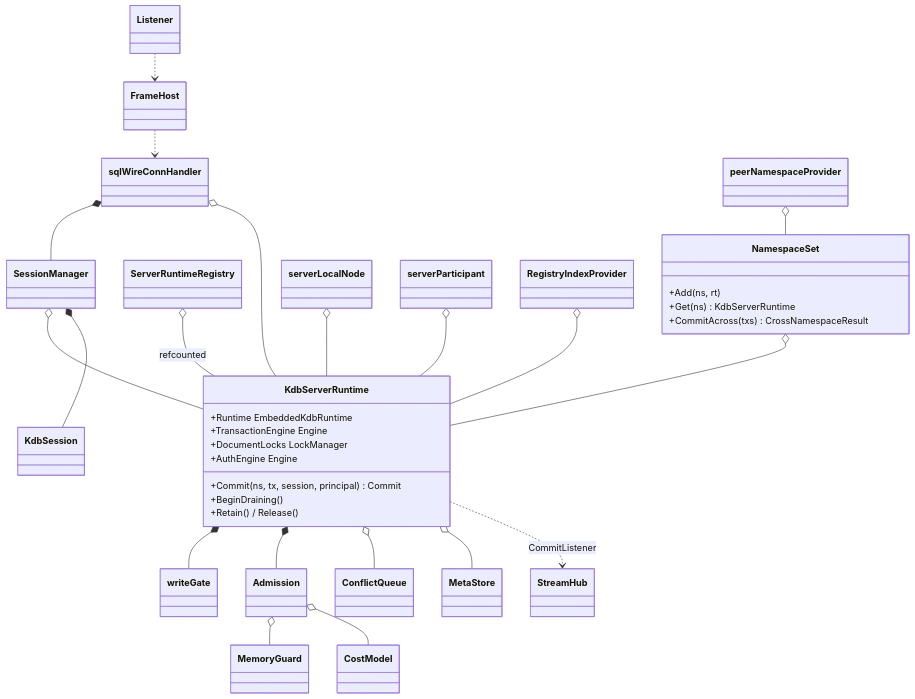
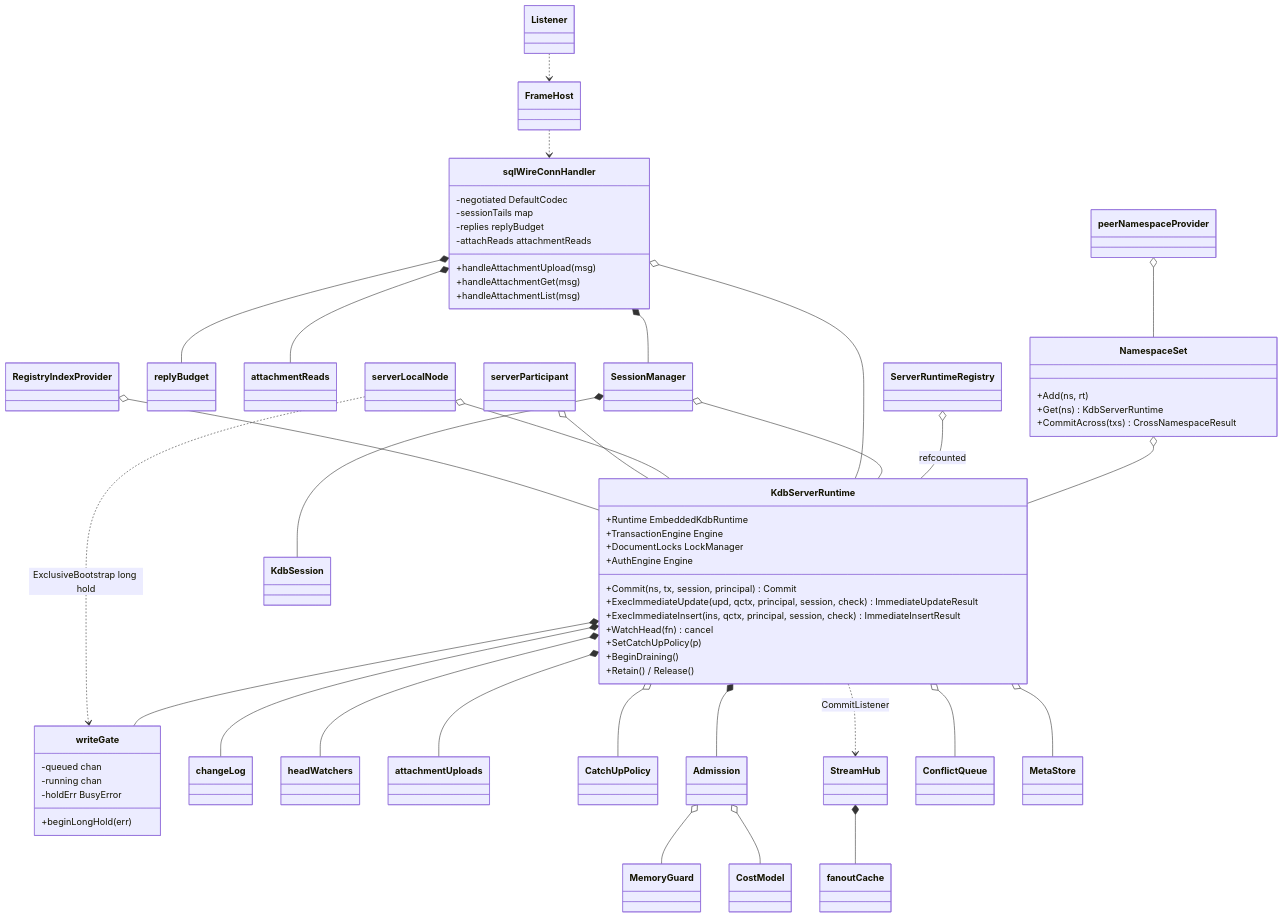
Diagram 13 of 13 in docs/kdb-class-design.md (dbeasty/kdb), drawn with Mermaid before and after one commit. The commit also changed other lines of this file and 36 other files, not shown here.

First line of the commit message:
docs: refresh class design and flows against main of 2026-10-23

````diff
--- a/docs/kdb-class-design.md
+++ b/docs/kdb-class-design.md
@@ -1712,36 +2515,63 @@
 ```mermaid
 classDiagram
   class KdbServerRuntime {
     +Runtime EmbeddedKdbRuntime
     +TransactionEngine Engine
     +DocumentLocks LockManager
     +AuthEngine Engine
     +Commit(ns, tx, session, principal) Commit
+    +ExecImmediateUpdate(upd, qctx, principal, session, check) ImmediateUpdateResult
+    +ExecImmediateInsert(ins, qctx, principal, session, check) ImmediateInsertResult
+    +WatchHead(fn) cancel
+    +SetCatchUpPolicy(p)
     +BeginDraining()
     +Retain() / Release()
   }
   class NamespaceSet {
     +Add(ns, rt)
     +Get(ns) KdbServerRuntime
     +CommitAcross(txs) CrossNamespaceResult
   }
+  class writeGate {
+    -queued chan
+    -running chan
+    -holdErr BusyError
+    +beginLongHold(err)
+  }
+  class sqlWireConnHandler {
+    -negotiated DefaultCodec
+    -sessionTails map
+    -replies replyBudget
+    -attachReads attachmentReads
+    +handleAttachmentUpload(msg)
+    +handleAttachmentGet(msg)
+    +handleAttachmentList(msg)
+  }
   KdbServerRuntime *-- writeGate
+  KdbServerRuntime *-- changeLog
+  KdbServerRuntime *-- headWatchers
+  KdbServerRuntime *-- attachmentUploads
+  KdbServerRuntime o-- CatchUpPolicy
+  sqlWireConnHandler *-- replyBudget
+  sqlWireConnHandler *-- attachmentReads
+  StreamHub *-- fanoutCache
   KdbServerRuntime *-- Admission
   Admission o-- MemoryGuard
   Admission o-- CostModel
   KdbServerRuntime o-- ConflictQueue
   KdbServerRuntime o-- MetaStore
   NamespaceSet o-- KdbServerRuntime
   ServerRuntimeRegistry o-- KdbServerRuntime : refcounted
   SessionManager o-- KdbServerRuntime
   SessionManager *-- KdbSession
   Listener ..> FrameHost
   FrameHost ..> sqlWireConnHandler
   sqlWireConnHandler *-- SessionManager
   sqlWireConnHandler o-- KdbServerRuntime
   KdbServerRuntime ..> StreamHub : CommitListener
   serverLocalNode o-- KdbServerRuntime
+  serverLocalNode ..> writeGate : ExclusiveBootstrap long hold
   peerNamespaceProvider o-- NamespaceSet
   serverParticipant o-- KdbServerRuntime
   RegistryIndexProvider o-- KdbServerRuntime
 ```
````
